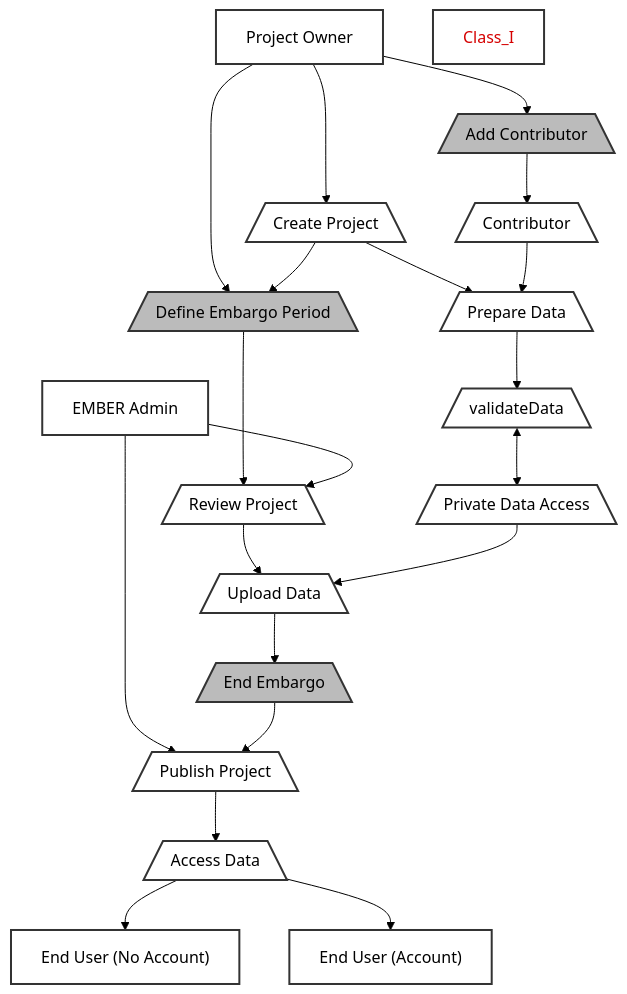
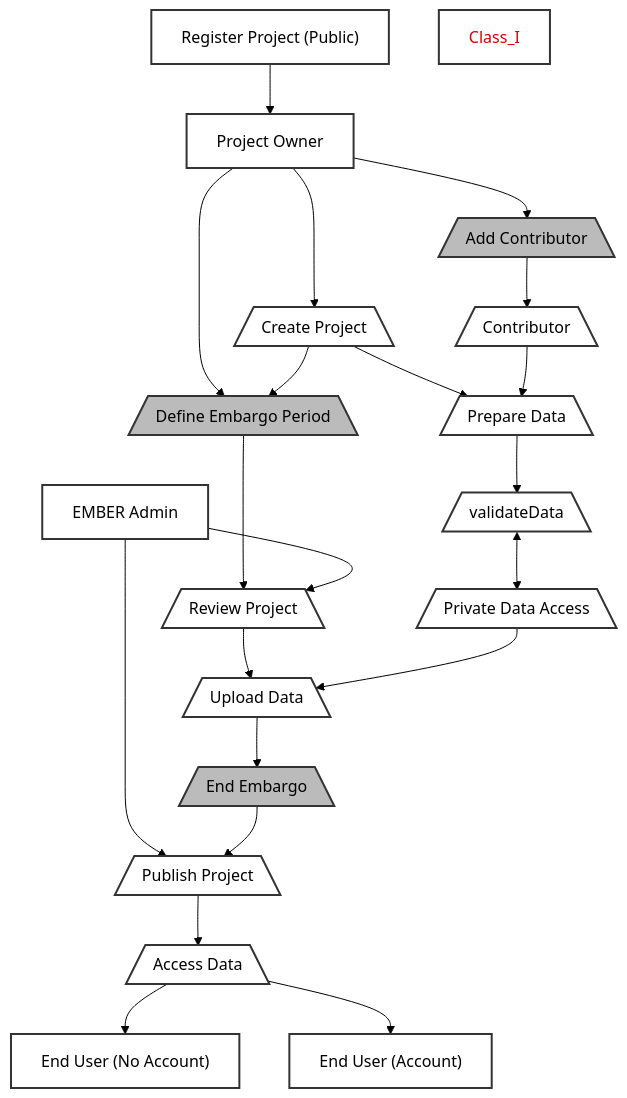
One commit to aplbrain/BBQS-EMBER-Data-Model changed the diagram in EMBER_Classes/design/class_I.mmd. Above: the diagram before and after it, drawn with Mermaid (forest theme). The commit also changed 1 other file, not shown here.

```diff
--- a/EMBER_Classes/design/class_I.mmd
+++ b/EMBER_Classes/design/class_I.mmd
@@ -1,41 +1,42 @@
 ---
 config:
   layout: fixed
 ---
 flowchart TB
+    addRegistration["Register Project (Public)"] --> projectowner
     addContributor["Add Contributor"] --> contributor["Contributor"]
     projectowner["Project Owner"] --> addContributor & createProject["Create Project"] & defineEmbargoPeriod["Define Embargo Period"]
     createProject --> defineEmbargoPeriod & prepareData["Prepare Data"]
     defineEmbargoPeriod --> reviewProject["Review Project"]
     emberAdmin["EMBER Admin"] --> reviewProject & publishProject["Publish Project"]
     reviewProject --> uploadData["Upload Data"]
     uploadData --> endEmbargo["End Embargo"]
     endEmbargo --> publishProject
     publishProject --> accessData["Access Data"]
     accessData --> endUserNoAccount["End User (No Account)"] & endUserAccount["End User (Account)"]
     contributor --> prepareData
     prepareData --> validateData["validateData"]
     validateData <--> privateDataAccess["Private Data Access"]
     privateDataAccess --> uploadData
     Class_I["Class_I"]
     addContributor@{ shape: trap-b}
     contributor@{ shape: trap-b}
     createProject@{ shape: trap-b}
     defineEmbargoPeriod@{ shape: trap-b}
     prepareData@{ shape: trap-b}
     reviewProject@{ shape: trap-b}
     publishProject@{ shape: trap-b}
     uploadData@{ shape: trap-b}
     endEmbargo@{ shape: trap-b}
     accessData@{ shape: trap-b}
     validateData@{ shape: trap-b}
     privateDataAccess@{ shape: trap-b}
      addContributor:::optional
      defineEmbargoPeriod:::optional
      prepareData:::role
      endEmbargo:::optional
      validateData:::role
      privateDataAccess:::role
     classDef default fill:#fff,stroke:#333,stroke-width:2px
     classDef optional fill:#bbb,stroke:#333,stroke-width:2px
     style Class_I color:#D50000
```
